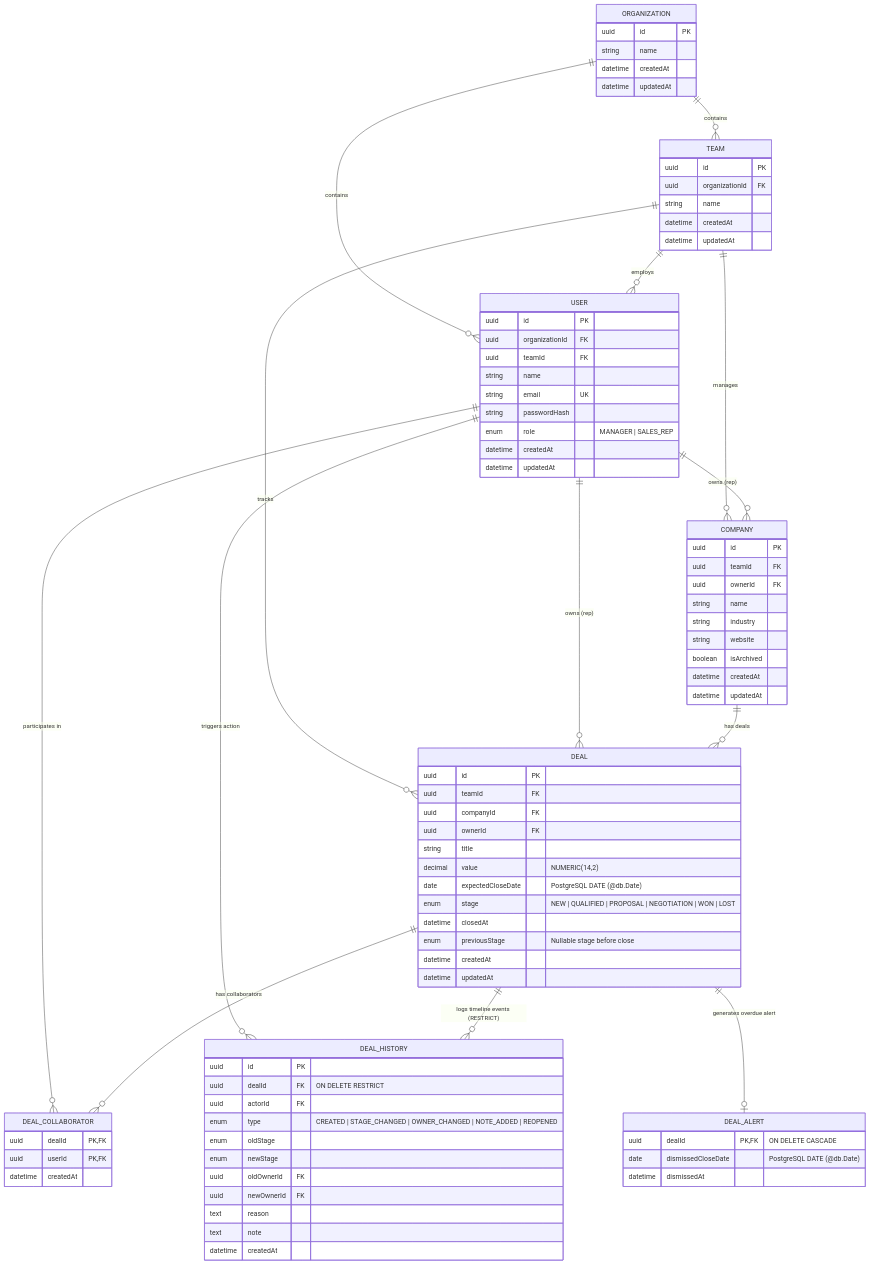
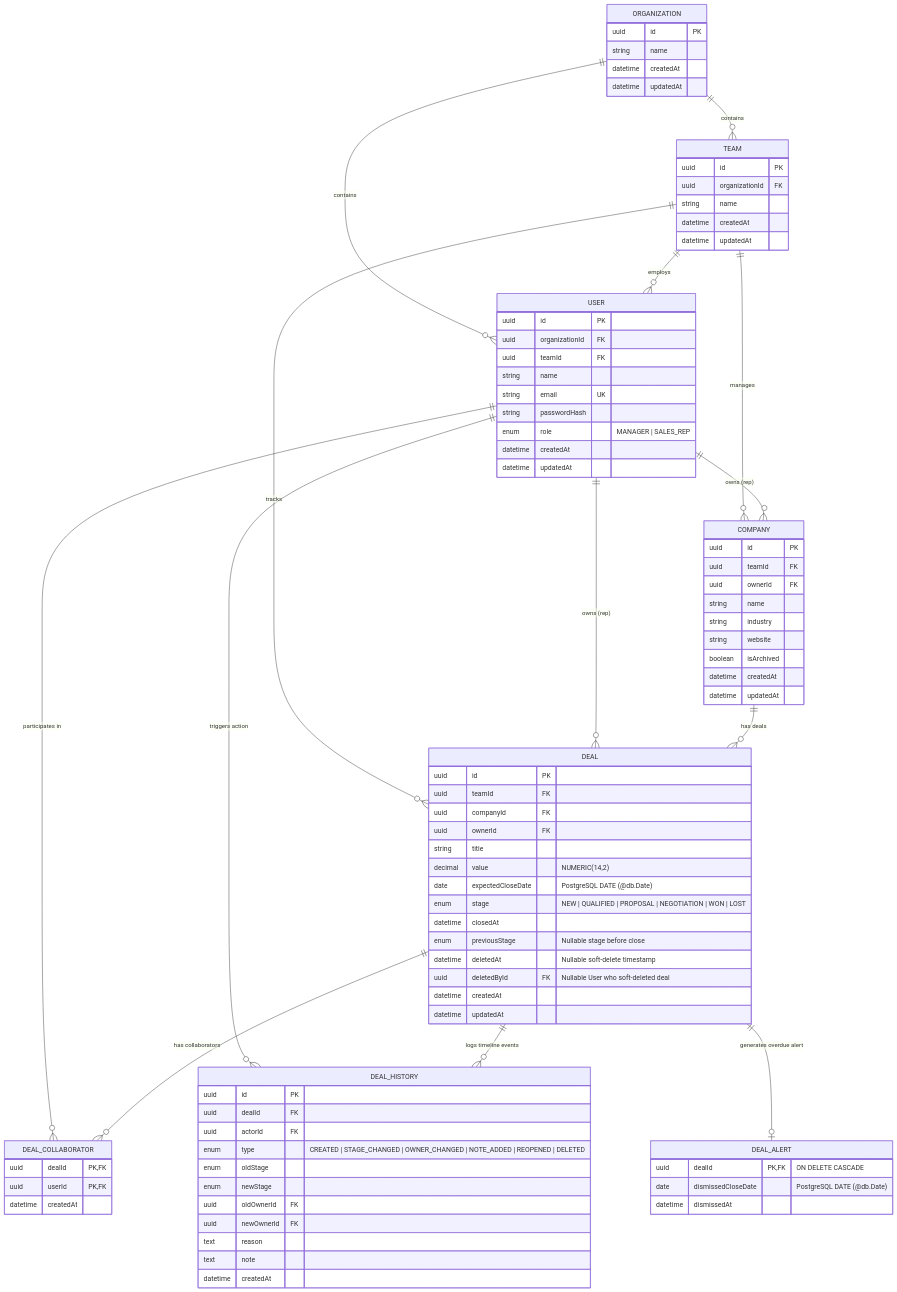
The diagram in docs/schema.md (vedrathavi/Busy-Assignment), drawn with Mermaid before and after one commit. The commit also changed other lines of this file and 4 other files, not shown here.

Commit message:
docs: define deal soft deletion and immutable history

```diff
--- a/docs/schema.md
+++ b/docs/schema.md
@@ -22,7 +22,7 @@
     COMPANY ||--o{ DEAL : "has deals"
     
     DEAL ||--o{ DEAL_COLLABORATOR : "has collaborators"
-    DEAL ||--o{ DEAL_HISTORY : "logs timeline events (RESTRICT)"
+    DEAL ||--o{ DEAL_HISTORY : "logs timeline events"
     DEAL ||--o| DEAL_ALERT : "generates overdue alert"
 
     ORGANIZATION {
@@ -75,6 +75,8 @@
         enum stage "NEW | QUALIFIED | PROPOSAL | NEGOTIATION | WON | LOST"
         datetime closedAt
         enum previousStage "Nullable stage before close"
+        datetime deletedAt "Nullable soft-delete timestamp"
+        uuid deletedById FK "Nullable User who soft-deleted deal"
         datetime createdAt
         datetime updatedAt
     }
@@ -87,9 +89,9 @@
 
     DEAL_HISTORY {
         uuid id PK
-        uuid dealId FK "ON DELETE RESTRICT"
+        uuid dealId FK
         uuid actorId FK
-        enum type "CREATED | STAGE_CHANGED | OWNER_CHANGED | NOTE_ADDED | REOPENED"
+        enum type "CREATED | STAGE_CHANGED | OWNER_CHANGED | NOTE_ADDED | REOPENED | DELETED"
         enum oldStage
         enum newStage
         uuid oldOwnerId FK
```
